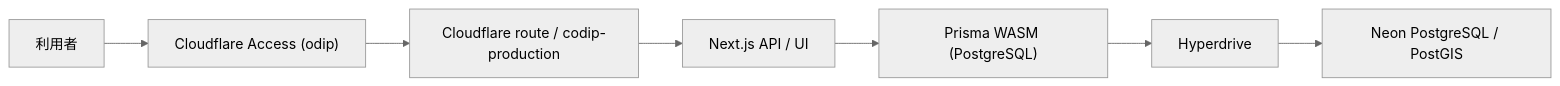
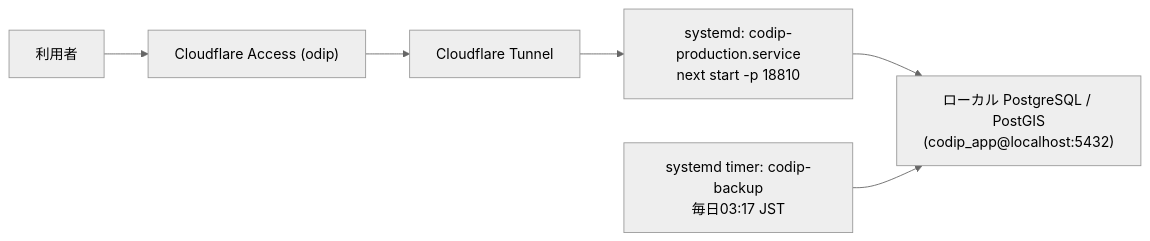
One commit to Kensan196948G/Civil-Open-Data-Intelligence-Platform changed the fourth of 4 diagrams in README.md. Above: the diagram before and after it, drawn with Mermaid (neutral theme). The commit also changed other lines of this file and 3 other files, not shown here.

First line of the commit message:
docs: 本番構成の実態(ローカルPostgreSQL+Cloudflare Tunnel)をREADME/runbook/CLAUDE.mdへ反映 (#210)

````diff
--- a/README.md
+++ b/README.md
@@ -125,9 +129,8 @@
 ```mermaid
 flowchart LR
     U["利用者"] --> A1["Cloudflare Access (odip)"]
-    A1 --> CF["Cloudflare route / codip-production"]
-    CF --> A["Next.js API / UI"]
-    A --> P["Prisma WASM (PostgreSQL)"]
-    P --> HD["Hyperdrive"]
-    HD --> N["Neon PostgreSQL / PostGIS"]
+    A1 --> T["Cloudflare Tunnel"]
+    T --> S["systemd: codip-production.service<br>next start -p 18810"]
+    S --> PG["ローカル PostgreSQL / PostGIS<br>(codip_app@localhost:5432)"]
+    B["systemd timer: codip-backup<br>毎日03:17 JST"] --> PG
 ```
````
